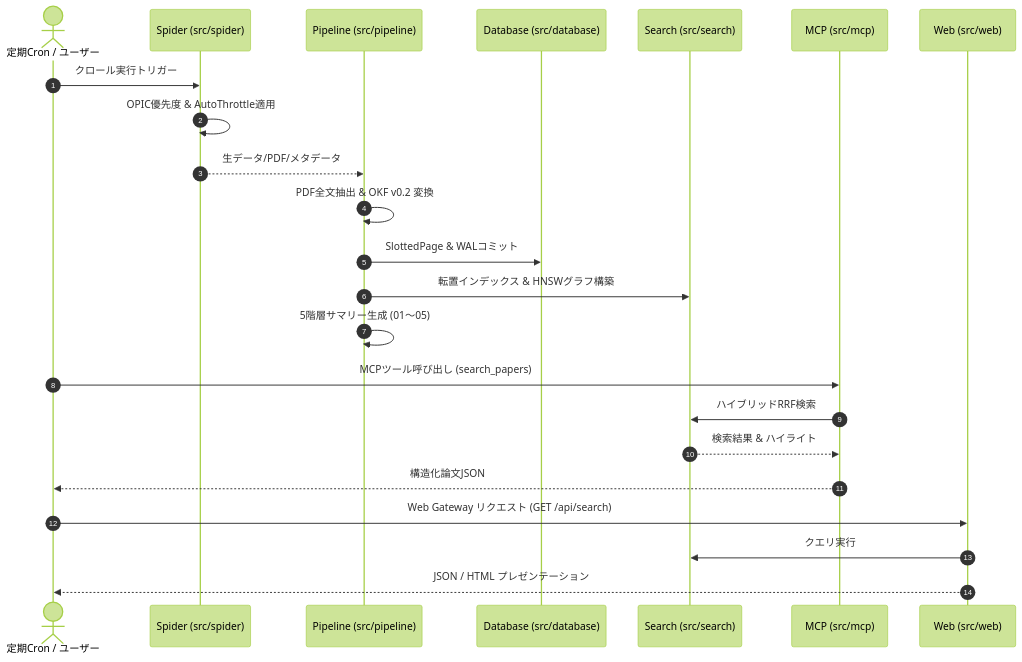
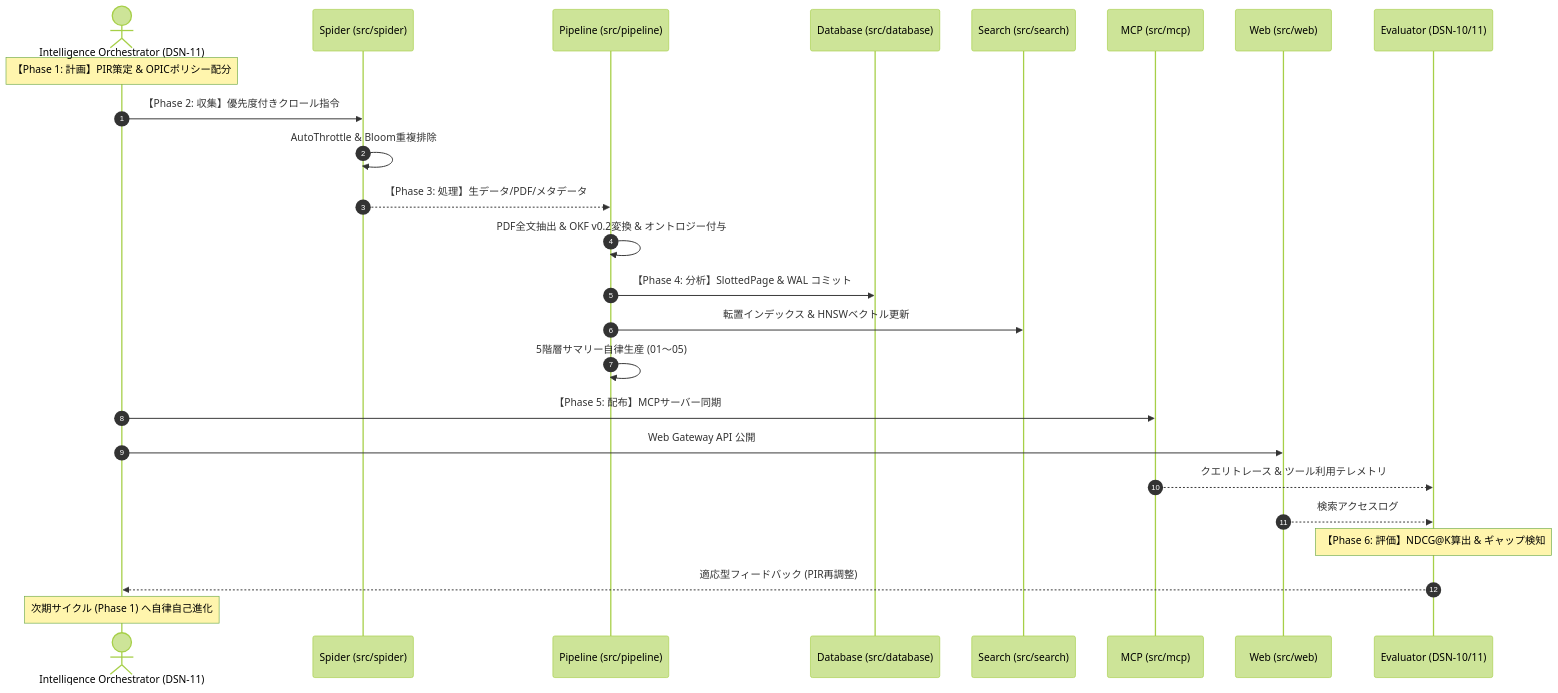
The third of 3 diagrams in docs/designs/DSN-01-high_level_design.md (rokujyouhitoma/arxiv-security-papers), drawn with Mermaid (forest theme) before and after one commit. The commit also changed other lines of this file and 3 other files, not shown here.

````diff
--- a/docs/designs/DSN-01-high_level_design.md
+++ b/docs/designs/DSN-01-high_level_design.md
@@ -167,26 +210,28 @@
 ```mermaid
 sequenceDiagram
     autonumber
-    actor Cron as 定期Cron / ユーザー
+    actor Orch as Intelligence Orchestrator (DSN-11)
     participant S as Spider (src/spider)
     participant P as Pipeline (src/pipeline)
     participant D as Database (src/database)
     participant E as Search (src/search)
     participant M as MCP (src/mcp)
     participant W as Web (src/web)
+    participant Eval as Evaluator (DSN-10/11)
 
-    Cron->>S: クロール実行トリガー
-    S->>S: OPIC優先度 & AutoThrottle適用
-    S-->>P: 生データ/PDF/メタデータ
-    P->>P: PDF全文抽出 & OKF v0.2 変換
-    P->>D: SlottedPage & WALコミット
-    P->>E: 転置インデックス & HNSWグラフ構築
-    P->>P: 5階層サマリー生成 (01〜05)
-    Cron->>M: MCPツール呼び出し (search_papers)
-    M->>E: ハイブリッドRRF検索
-    E-->>M: 検索結果 & ハイライト
-    M-->>Cron: 構造化論文JSON
-    Cron->>W: Web Gateway リクエスト (GET /api/search)
-    W->>E: クエリ実行
-    W-->>Cron: JSON / HTML プレゼンテーション
+    Note over Orch: 【Phase 1: 計画】PIR策定 & OPICポリシー配分
+    Orch->>S: 【Phase 2: 収集】優先度付きクロール指令
+    S->>S: AutoThrottle & Bloom重複排除
+    S-->>P: 【Phase 3: 処理】生データ/PDF/メタデータ
+    P->>P: PDF全文抽出 & OKF v0.2変換 & オントロジー付与
+    P->>D: 【Phase 4: 分析】SlottedPage & WAL コミット
+    P->>E: 転置インデックス & HNSWベクトル更新
+    P->>P: 5階層サマリー自律生産 (01〜05)
+    Orch->>M: 【Phase 5: 配布】MCPサーバー同期
+    Orch->>W: Web Gateway API 公開
+    M-->>Eval: クエリトレース & ツール利用テレメトリ
+    W-->>Eval: 検索アクセスログ
+    Note over Eval: 【Phase 6: 評価】NDCG@K算出 & ギャップ検知
+    Eval-->>Orch: 適応型フィードバック (PIR再調整)
+    Note over Orch: 次期サイクル (Phase 1) へ自律自己進化
 ```
````
